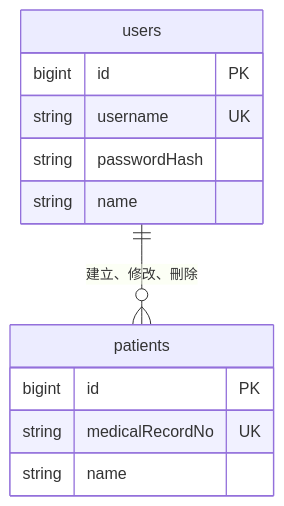
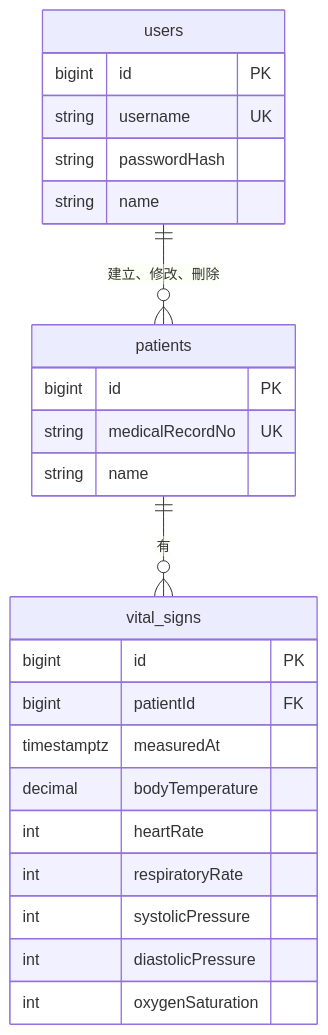
The diagram in docs/data-model.md (pelletfrog/test-2026-medical-demo), drawn with Mermaid before and after one commit. The commit also changed other lines of this file and 5 other files, not shown here.

````diff
--- a/docs/data-model.md
+++ b/docs/data-model.md
@@ -9,15 +9,27 @@
 ```mermaid
 erDiagram
     users {
         bigint id PK
         string username UK
         string passwordHash
         string name
     }
     patients {
         bigint id PK
         string medicalRecordNo UK
         string name
     }
+    vital_signs {
+        bigint id PK
+        bigint patientId FK
+        timestamptz measuredAt
+        decimal bodyTemperature
+        int heartRate
+        int respiratoryRate
+        int systolicPressure
+        int diastolicPressure
+        int oxygenSaturation
+    }
     users ||--o{ patients : "建立、修改、刪除"
+    patients ||--o{ vital_signs : "有"
 ```
````
